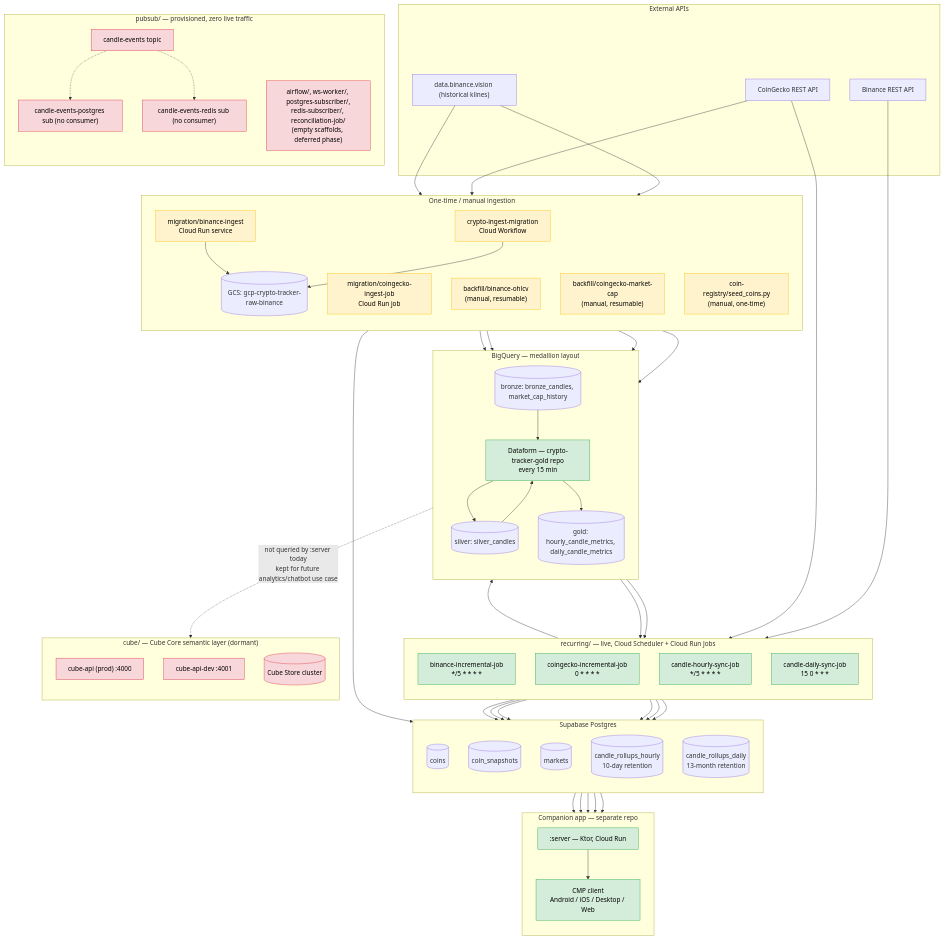
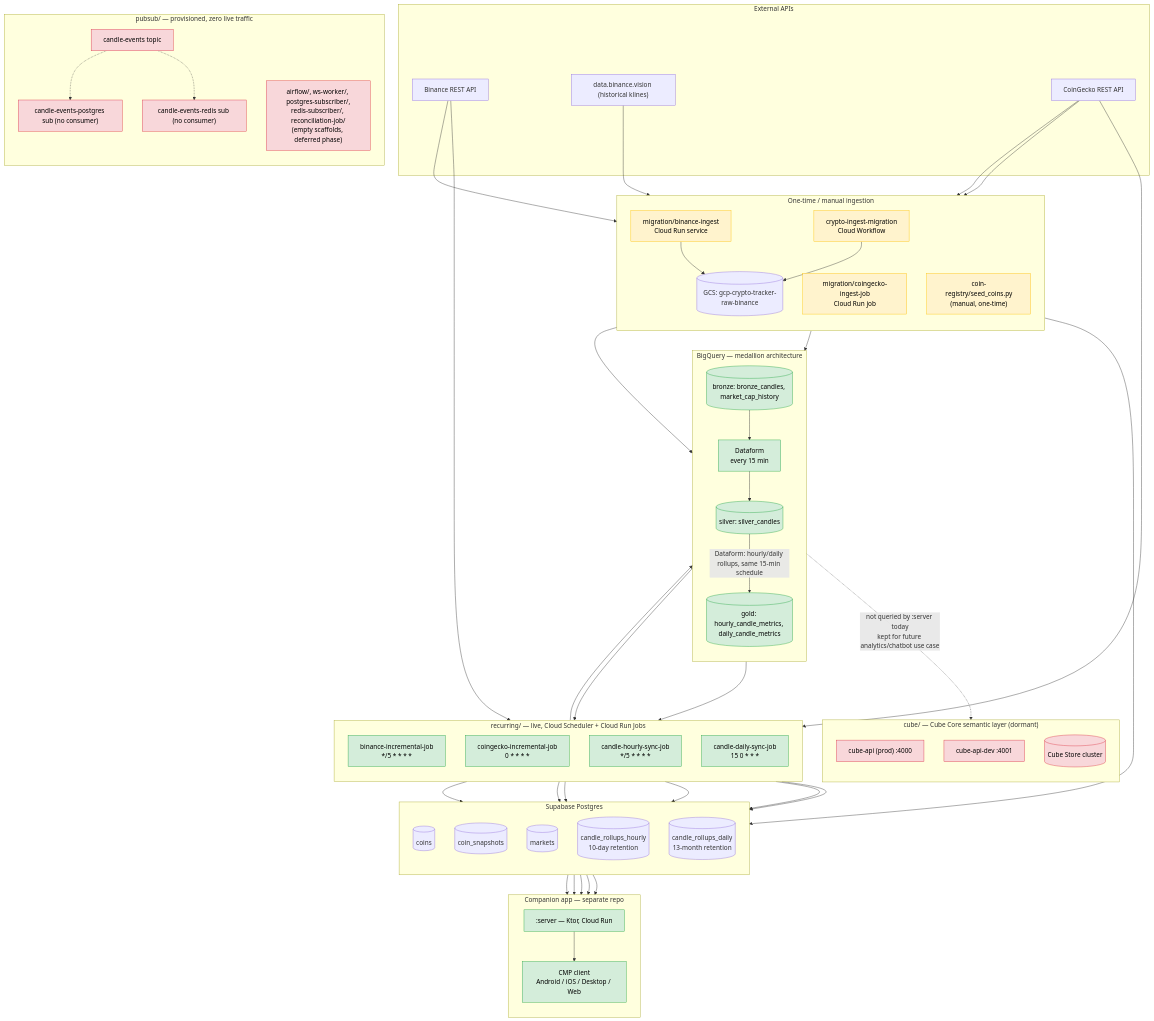
One commit to DaironDanilo/cryptotracker-data-platform changed the diagram in README.md. Above: the diagram before and after it, drawn with Mermaid. The commit also changed other lines of this file and 15 other files, not shown here.

First line of the commit message:
Fix architecture diagram accuracy, retire local-only backfill scripts

````diff
--- a/README.md
+++ b/README.md
@@ -24,7 +19,6 @@
 ```mermaid
 %% CryptoTracker Data Platform — end-to-end architecture
 %% Green = live/scheduled, Yellow = one-time/manual, Red = provisioned but dormant/deferred
-
 flowchart TB
     subgraph ext["External APIs"]
         binanceAPI["Binance REST API"]
@@ -38,8 +32,6 @@
         migGecko["migration/coingecko-ingest-job<br/>Cloud Run job"]
         migWorkflow["crypto-ingest-migration<br/>Cloud Workflow"]
         gcsBucket[("GCS: gcp-crypto-tracker-raw-binance")]
-        backfillBinance["backfill/binance-ohlcv<br/>(manual, resumable)"]
-        backfillGecko["backfill/coingecko-market-cap<br/>(manual, resumable)"]
         seedJob["coin-registry/seed_coins.py<br/>(manual, one-time)"]
     end
 
@@ -51,10 +43,10 @@
         dailySync["candle-daily-sync-job<br/>15 0 * * *"]
     end
 
-    subgraph bq["BigQuery — medallion layout"]
+    subgraph bq["BigQuery — medallion architecture"]
         direction TB
         bronze[("bronze: bronze_candles, market_cap_history")]
-        dataform["Dataform — crypto-tracker-gold repo<br/>every 15 min"]
+        dataform["Dataform<br/>every 15 min"]
         silver[("silver: silver_candles")]
         gold[("gold: hourly_candle_metrics, daily_candle_metrics")]
     end
@@ -89,12 +81,10 @@
         client["CMP client<br/>Android / iOS / Desktop / Web"]
     end
 
-    binanceHist --> backfillBinance --> bronze
-    geckoAPI --> backfillGecko --> bronze
     binanceHist --> migBinance --> gcsBucket
     migWorkflow --> gcsBucket
     gcsBucket --> bronze
-    migGecko --> bronze
+    geckoAPI --> migGecko --> bronze
 
     binanceAPI --> binanceIncr
     geckoAPI --> geckoIncr
@@ -105,11 +95,11 @@
     geckoIncr --> snapshotsT
     geckoIncr --> marketsT
 
-    seedJob --> coinsT
+    binanceAPI --> seedJob
+    geckoAPI --> seedJob --> coinsT
 
     bronze --> dataform --> silver
-    silver --> dataform
-    dataform --> gold
+    silver -->|Dataform: hourly/daily rollups, same 15-min schedule| gold
 
     gold --> hourlySync --> hourlyRollup
     gold --> dailySync --> dailyRollup
@@ -130,7 +120,7 @@
     classDef manual fill:#fff3cd,stroke:#ffc107,color:#000
     classDef dormant fill:#f8d7da,stroke:#dc3545,color:#000
 
-    class binanceIncr,geckoIncr,hourlySync,dailySync,dataform,server,client live
-    class migBinance,migGecko,migWorkflow,backfillBinance,backfillGecko,seedJob manual
+    class binanceIncr,geckoIncr,hourlySync,dailySync,dataform,bronze,silver,gold,server,client live
+    class migBinance,migGecko,migWorkflow,seedJob manual
     class cubeProd,cubeDev,cubeStore,topic,subPostgres,subRedis,deferred dormant
 ```
````
